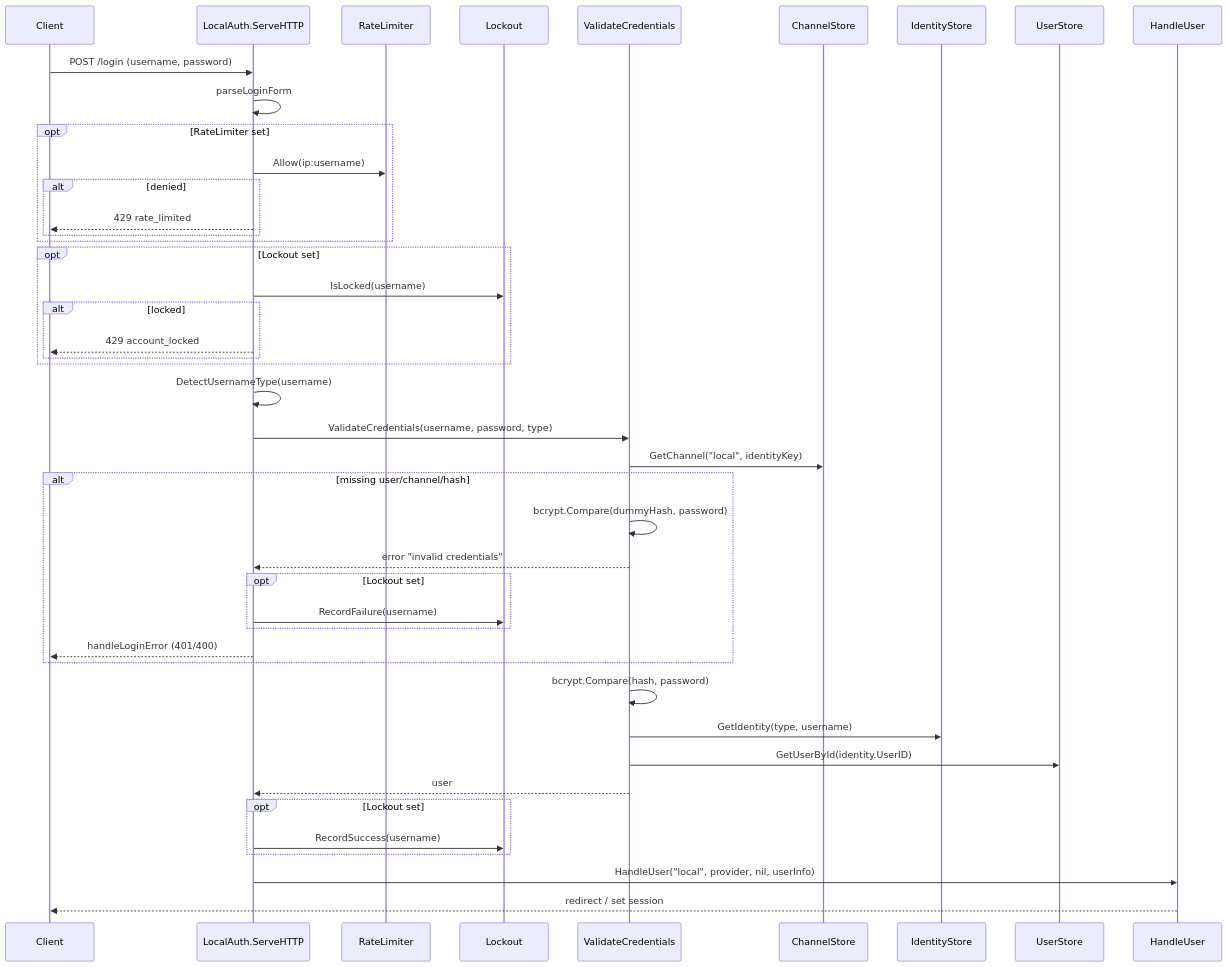
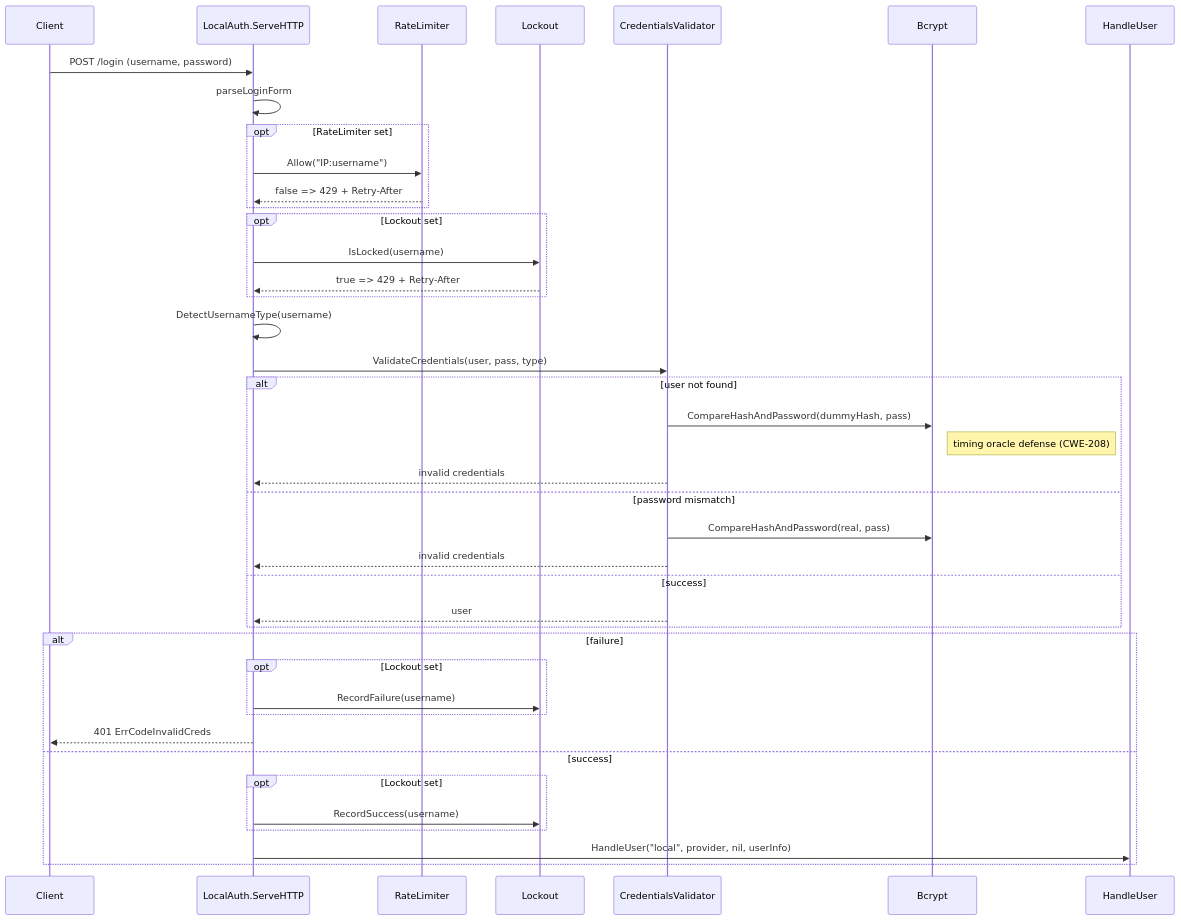
The second of 5 diagrams in localauth/DESIGN.md (panyam/oneauth), drawn with Mermaid before and after one commit. The commit also changed other lines of this file and 42 other files, not shown here.

````diff
--- a/localauth/DESIGN.md
+++ b/localauth/DESIGN.md
@@ -100,47 +109,44 @@
 ```mermaid
 sequenceDiagram
     participant Client
     participant LA as LocalAuth.ServeHTTP
     participant RL as RateLimiter
     participant LK as Lockout
-    participant CV as ValidateCredentials
-    participant CS as ChannelStore
-    participant IS as IdentityStore
-    participant US as UserStore
+    participant CV as CredentialsValidator
+    participant Bcrypt
     participant HU as HandleUser
 
     Client->>LA: POST /login (username, password)
     LA->>LA: parseLoginForm
     opt RateLimiter set
-        LA->>RL: Allow(ip:username)
-        alt denied
-            LA-->>Client: 429 rate_limited
-        end
+        LA->>RL: Allow("IP:username")
+        RL-->>LA: false => 429 + Retry-After
     end
     opt Lockout set
         LA->>LK: IsLocked(username)
-        alt locked
-            LA-->>Client: 429 account_locked
-        end
+        LK-->>LA: true => 429 + Retry-After
     end
     LA->>LA: DetectUsernameType(username)
-    LA->>CV: ValidateCredentials(username, password, type)
-    CV->>CS: GetChannel("local", identityKey)
-    alt missing user/channel/hash
-        CV->>CV: bcrypt.Compare(dummyHash, password)
-        CV-->>LA: error "invalid credentials"
+    LA->>CV: ValidateCredentials(user, pass, type)
+    alt user not found
+        CV->>Bcrypt: CompareHashAndPassword(dummyHash, pass)
+        Note right of Bcrypt: timing oracle defense (CWE-208)
+        CV-->>LA: invalid credentials
+    else password mismatch
+        CV->>Bcrypt: CompareHashAndPassword(real, pass)
+        CV-->>LA: invalid credentials
+    else success
+        CV-->>LA: user
+    end
+    alt failure
         opt Lockout set
             LA->>LK: RecordFailure(username)
         end
-        LA-->>Client: handleLoginError (401/400)
+        LA-->>Client: 401 ErrCodeInvalidCreds
+    else success
+        opt Lockout set
+            LA->>LK: RecordSuccess(username)
+        end
+        LA->>HU: HandleUser("local", provider, nil, userInfo)
     end
-    CV->>CV: bcrypt.Compare(hash, password)
-    CV->>IS: GetIdentity(type, username)
-    CV->>US: GetUserById(identity.UserID)
-    CV-->>LA: user
-    opt Lockout set
-        LA->>LK: RecordSuccess(username)
-    end
-    LA->>HU: HandleUser("local", provider, nil, userInfo)
-    HU-->>Client: redirect / set session
 ```
````
